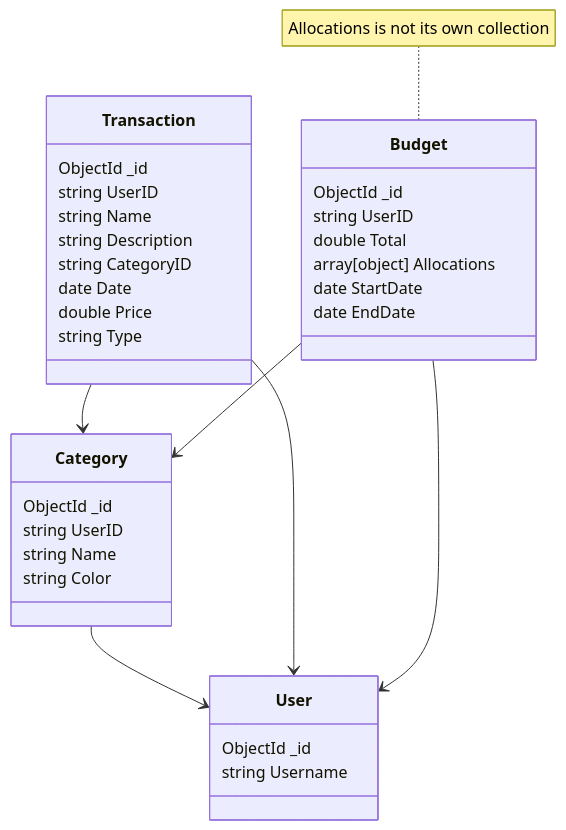
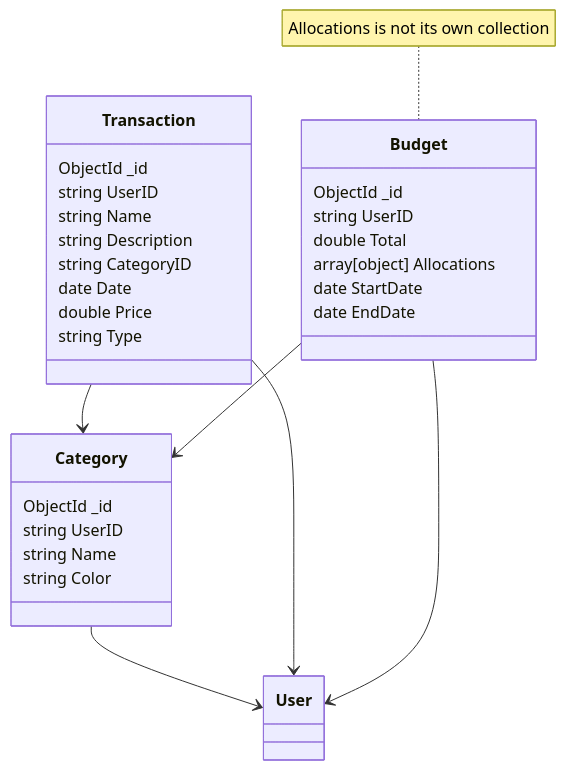
The diagram in README.md (AlisonTDoyle/FinanceTrackerApi), drawn with Mermaid before and after one commit. The commit also changed other lines of this file, not shown here.

````diff
--- a/README.md
+++ b/README.md
@@ -3,42 +2,37 @@
 ```mermaid
 classDiagram
     class Category{
 		    ObjectId _id
         string UserID
         string Name
 		string Color
     }
     
     class Transaction{
 		    ObjectId _id
 		    string UserID
 		    string Name
 		    string Description
 		    string CategoryID
 		    date Date
 		    double Price
 		    string Type
     }
     
-    class User{
-		    ObjectId _id
-		    string Username
-    }
-    
     class Budget{
 		    ObjectId _id
 		    string UserID
 		    double Total
 		    array[object] Allocations
 		    date StartDate
 		    date EndDate
     }
 
     note for Budget "Allocations is not its own collection"
     
     Category --> User
     Transaction --> User
     Transaction --> Category
     Budget --> User
     Budget --> Category
 ```
````
